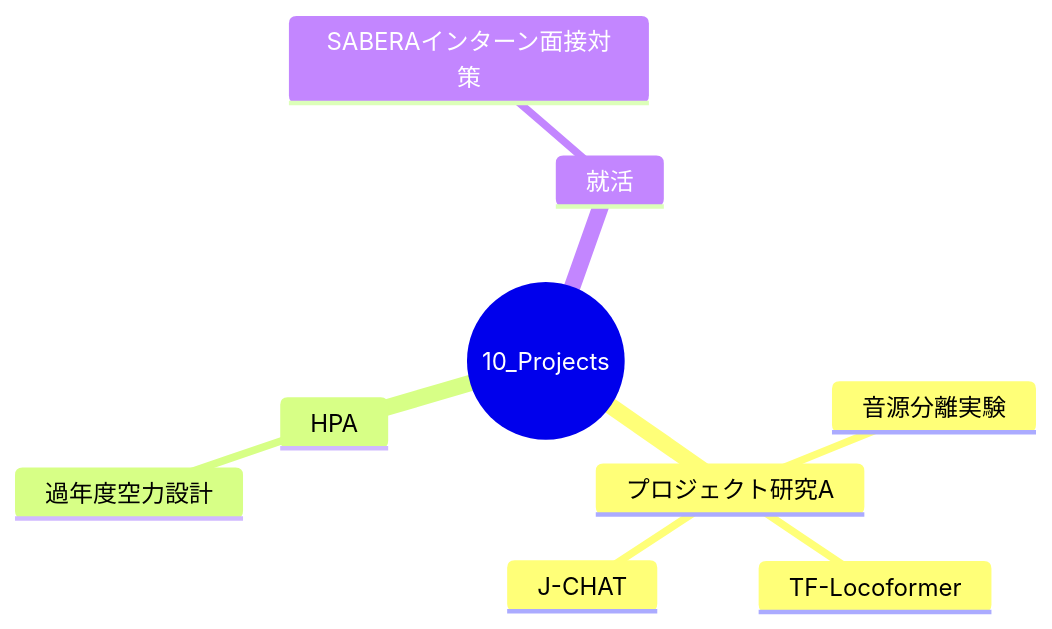
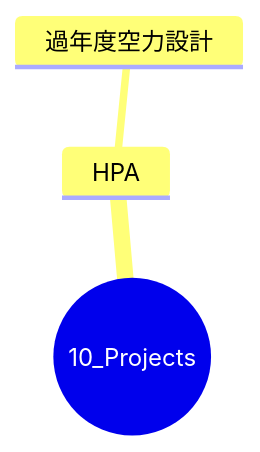
The diagram in 10_Projects/【MOC】10_Projects.md (97kuek/obsidian-vault), drawn with Mermaid before and after one commit. The commit also changed other lines of this file and 45 other files, not shown here.

````diff
--- a/10_Projects/【MOC】10_Projects.md
+++ b/10_Projects/【MOC】10_Projects.md
@@ -16,12 +16,6 @@
 ```mermaid
 mindmap
   root(("10_Projects"))
-    プロジェクト研究A
-      音源分離実験
-      TF-Locoformer
-      J-CHAT
     HPA
       過年度空力設計
-    就活
-      SABERAインターン面接対策
 ```
````
